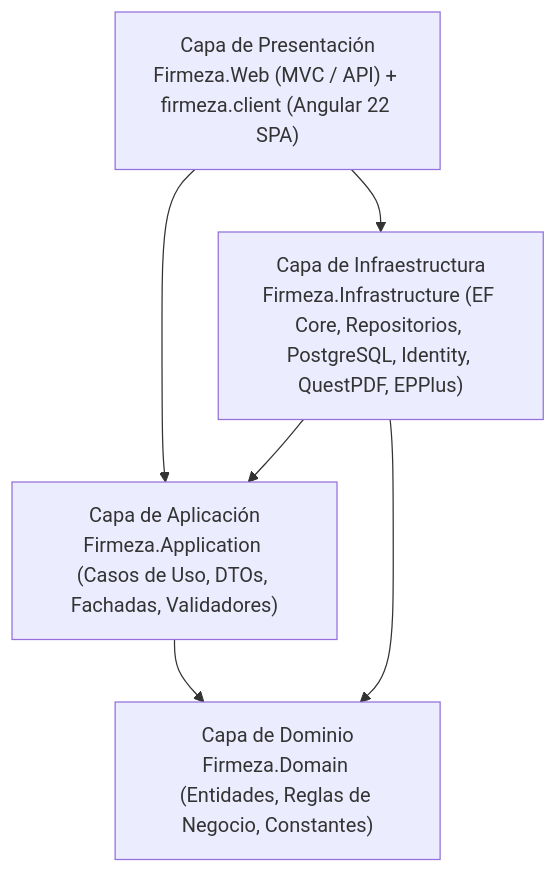
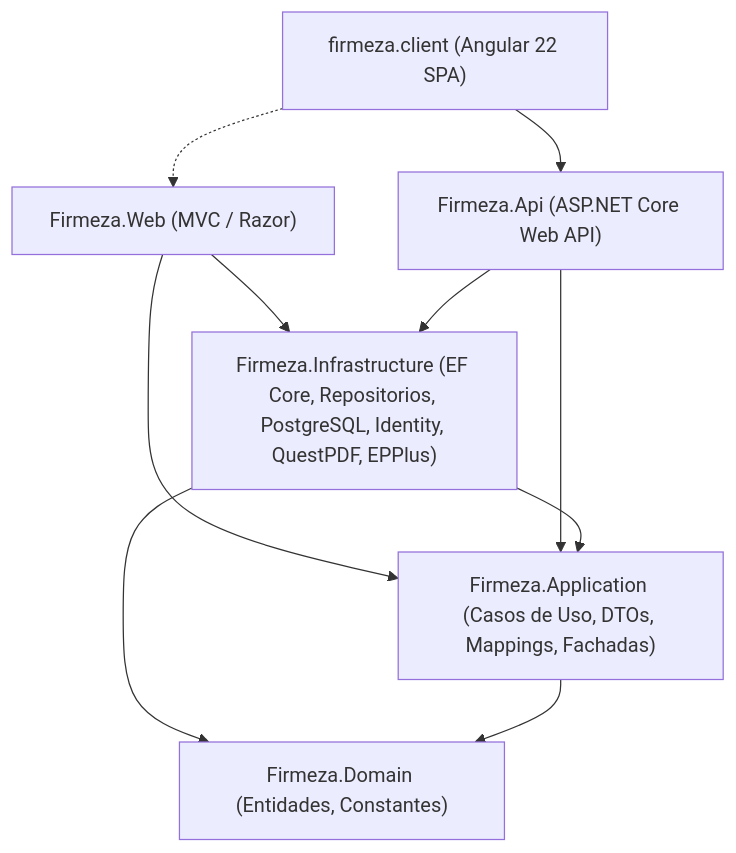
One commit to harold-855/Firmeza changed the first of 11 diagrams in README.md. Above: the diagram before and after it, drawn with Mermaid. The commit also changed other lines of this file and 87 other files, not shown here.

````diff
--- a/README.md
+++ b/README.md
@@ -48,8 +51,12 @@
 ```mermaid
 graph TD
-    A["Capa de Presentación<br/>Firmeza.Web (MVC / API) + firmeza.client (Angular 22 SPA)"] --> B["Capa de Aplicación<br/>Firmeza.Application (Casos de Uso, DTOs, Fachadas, Validadores)"]
-    A --> C["Capa de Infraestructura<br/>Firmeza.Infrastructure (EF Core, Repositorios, PostgreSQL, Identity, QuestPDF, EPPlus)"]
-    C --> B
-    C --> D["Capa de Dominio<br/>Firmeza.Domain (Entidades, Reglas de Negocio, Constantes)"]
-    B --> D
+    WEB["Firmeza.Web (MVC / Razor)"] --> APP["Firmeza.Application (Casos de Uso, DTOs, Mappings, Fachadas)"]
+    API["Firmeza.Api (ASP.NET Core Web API)"] --> APP
+    SPA["firmeza.client (Angular 22 SPA)"] --> API
+    SPA -.-> WEB
+    WEB --> INFRA["Firmeza.Infrastructure (EF Core, Repositorios, PostgreSQL, Identity, QuestPDF, EPPlus)"]
+    API --> INFRA
+    INFRA --> APP
+    INFRA --> DOM["Firmeza.Domain (Entidades, Constantes)"]
+    APP --> DOM
 ```
````
